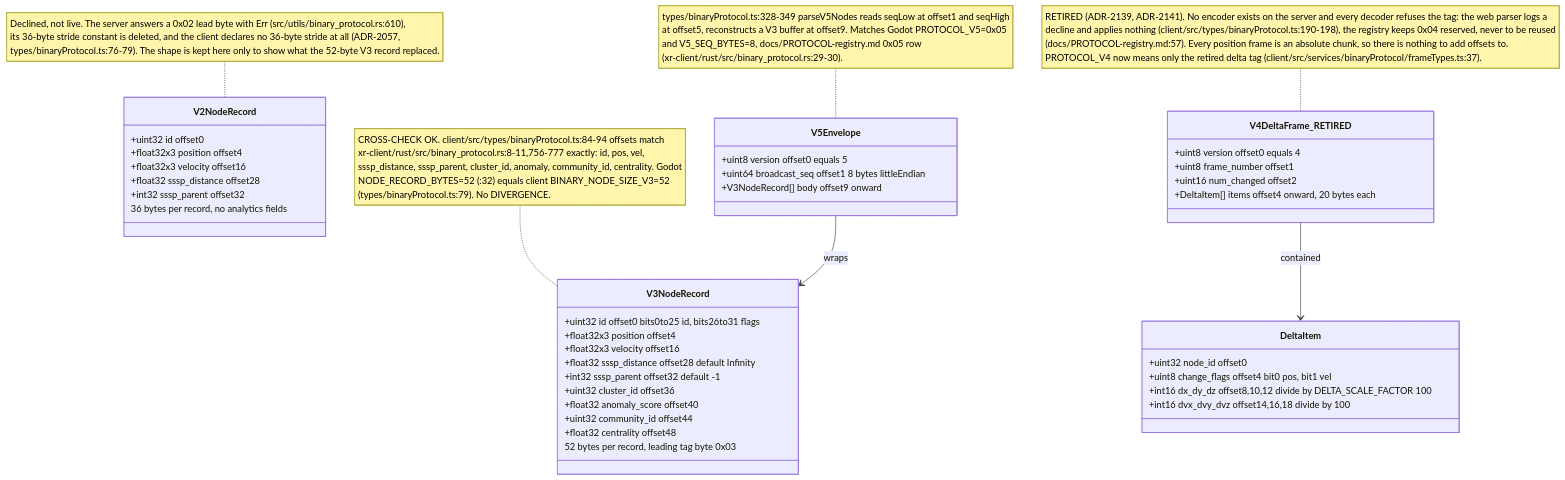
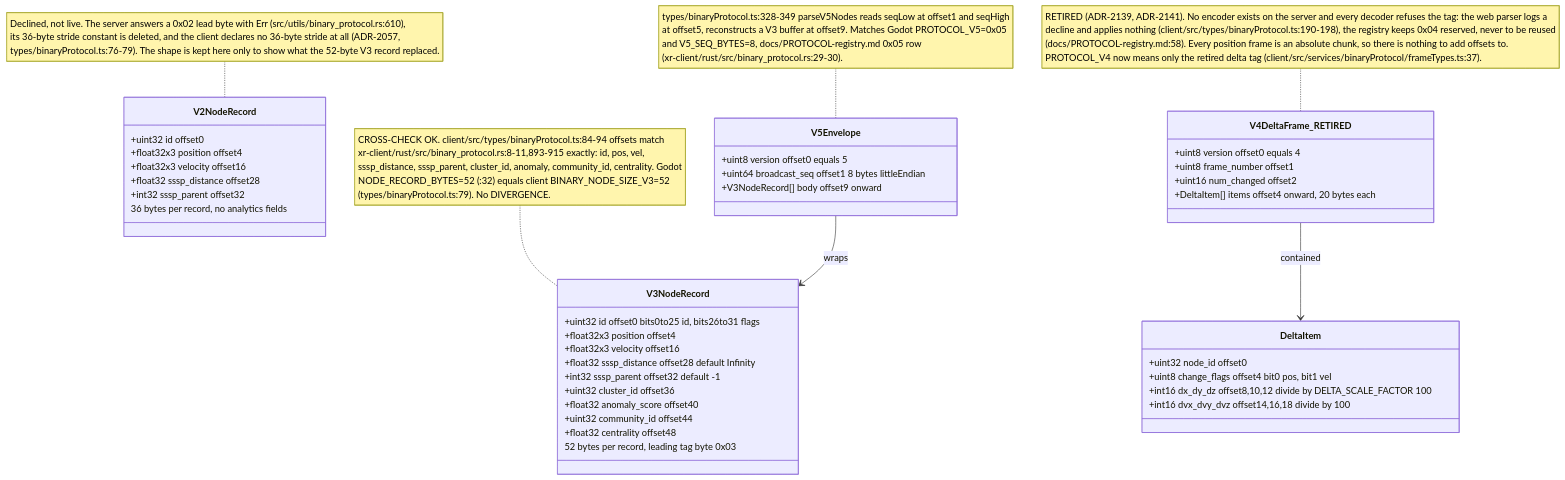
The fifth of 14 diagrams in docs/diagrams/visionclaw/32-client-websocket-and-binary.md (DreamLab-AI/VisionFlow), drawn with Mermaid before and after one commit. The commit also changed other lines of this file and 151 other files, not shown here.

````diff
--- a/docs/diagrams/visionclaw/32-client-websocket-and-binary.md
+++ b/docs/diagrams/visionclaw/32-client-websocket-and-binary.md
@@ -245,46 +245,46 @@
 ```mermaid
 classDiagram
     class V3NodeRecord {
       +uint32 id  offset0  bits0to25 id, bits26to31 flags
       +float32x3 position  offset4
       +float32x3 velocity  offset16
       +float32 sssp_distance  offset28  default Infinity
       +int32 sssp_parent  offset32  default -1
       +uint32 cluster_id  offset36
       +float32 anomaly_score  offset40
       +uint32 community_id  offset44
       +float32 centrality  offset48
       52 bytes per record, leading tag byte 0x03
     }
     class V2NodeRecord {
       +uint32 id  offset0
       +float32x3 position  offset4
       +float32x3 velocity  offset16
       +float32 sssp_distance  offset28
       +int32 sssp_parent  offset32
       36 bytes per record, no analytics fields
     }
     class V5Envelope {
       +uint8 version  offset0  equals 5
       +uint64 broadcast_seq  offset1  8 bytes littleEndian
       +V3NodeRecord[] body  offset9 onward
     }
     class V4DeltaFrame_RETIRED {
       +uint8 version  offset0  equals 4
       +uint8 frame_number  offset1
       +uint16 num_changed  offset2
       +DeltaItem[] items  offset4 onward, 20 bytes each
     }
     class DeltaItem {
       +uint32 node_id  offset0
       +uint8 change_flags  offset4  bit0 pos, bit1 vel
       +int16 dx_dy_dz  offset8,10,12  divide by DELTA_SCALE_FACTOR 100
       +int16 dvx_dvy_dvz  offset14,16,18  divide by 100
     }
     V5Envelope --> V3NodeRecord : wraps
     V4DeltaFrame_RETIRED --> DeltaItem : contained
-    note for V3NodeRecord "CROSS-CHECK OK. client/src/types/binaryProtocol.ts:84-94 offsets match<br/>xr-client/rust/src/binary_protocol.rs:8-11,756-777 exactly: id, pos, vel,<br/>sssp_distance, sssp_parent, cluster_id, anomaly, community_id, centrality. Godot<br/>NODE_RECORD_BYTES=52 (:32) equals client BINARY_NODE_SIZE_V3=52<br/>(types/binaryProtocol.ts:79). No DIVERGENCE."
+    note for V3NodeRecord "CROSS-CHECK OK. client/src/types/binaryProtocol.ts:84-94 offsets match<br/>xr-client/rust/src/binary_protocol.rs:8-11,893-915 exactly: id, pos, vel,<br/>sssp_distance, sssp_parent, cluster_id, anomaly, community_id, centrality. Godot<br/>NODE_RECORD_BYTES=52 (:32) equals client BINARY_NODE_SIZE_V3=52<br/>(types/binaryProtocol.ts:79). No DIVERGENCE."
     note for V2NodeRecord "Declined, not live. The server answers a 0x02 lead byte with Err (src/utils/binary_protocol.rs:610),<br/>its 36-byte stride constant is deleted, and the client declares no 36-byte stride at all (ADR-2057,<br/>types/binaryProtocol.ts:76-79). The shape is kept here only to show what the 52-byte V3 record replaced."
     note for V5Envelope "types/binaryProtocol.ts:328-349 parseV5Nodes reads seqLow at offset1 and seqHigh<br/>at offset5, reconstructs a V3 buffer at offset9. Matches Godot PROTOCOL_V5=0x05<br/>and V5_SEQ_BYTES=8, docs/PROTOCOL-registry.md 0x05 row<br/>(xr-client/rust/src/binary_protocol.rs:29-30)."
-    note for V4DeltaFrame_RETIRED "RETIRED (ADR-2139, ADR-2141). No encoder exists on the server and every decoder refuses the tag: the web parser logs a<br/>decline and applies nothing (client/src/types/binaryProtocol.ts:190-198), the registry keeps 0x04 reserved, never to be reused<br/>(docs/PROTOCOL-registry.md:57). Every position frame is an absolute chunk, so there is nothing to add offsets to.<br/>PROTOCOL_V4 now means only the retired delta tag (client/src/services/binaryProtocol/frameTypes.ts:37)."
+    note for V4DeltaFrame_RETIRED "RETIRED (ADR-2139, ADR-2141). No encoder exists on the server and every decoder refuses the tag: the web parser logs a<br/>decline and applies nothing (client/src/types/binaryProtocol.ts:190-198), the registry keeps 0x04 reserved, never to be reused<br/>(docs/PROTOCOL-registry.md:58). Every position frame is an absolute chunk, so there is nothing to add offsets to.<br/>PROTOCOL_V4 now means only the retired delta tag (client/src/services/binaryProtocol/frameTypes.ts:37)."
 ```
````
